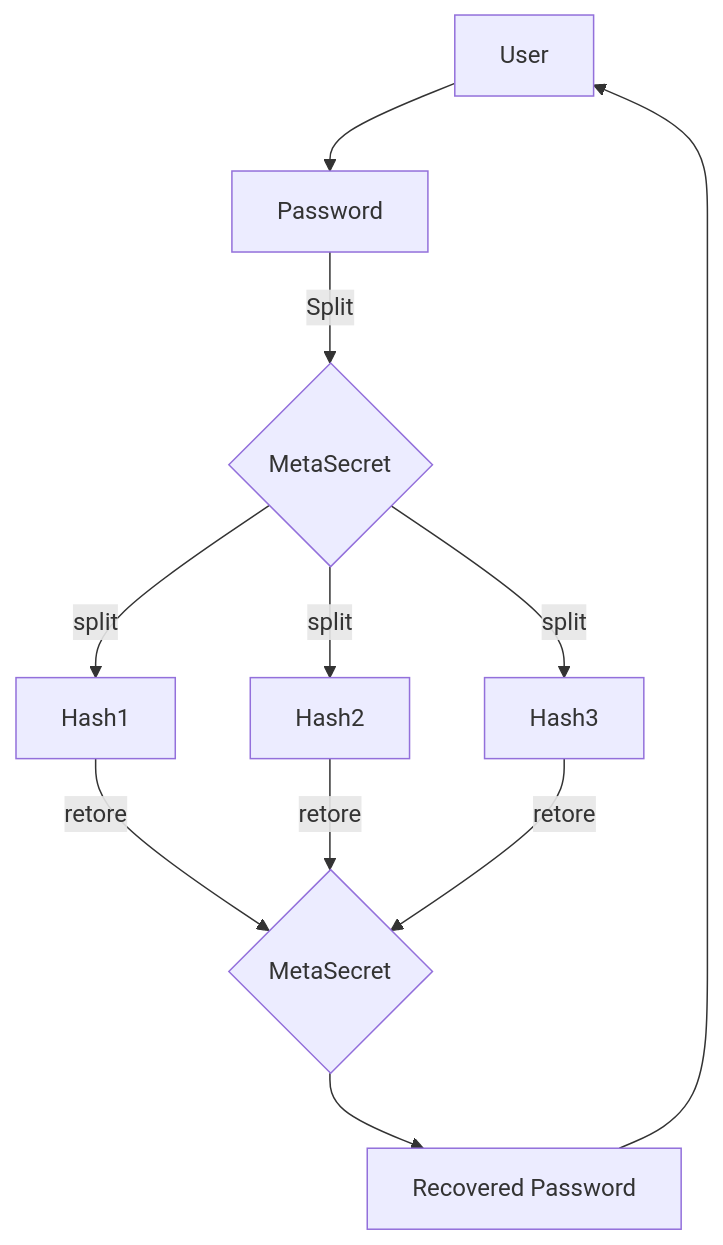
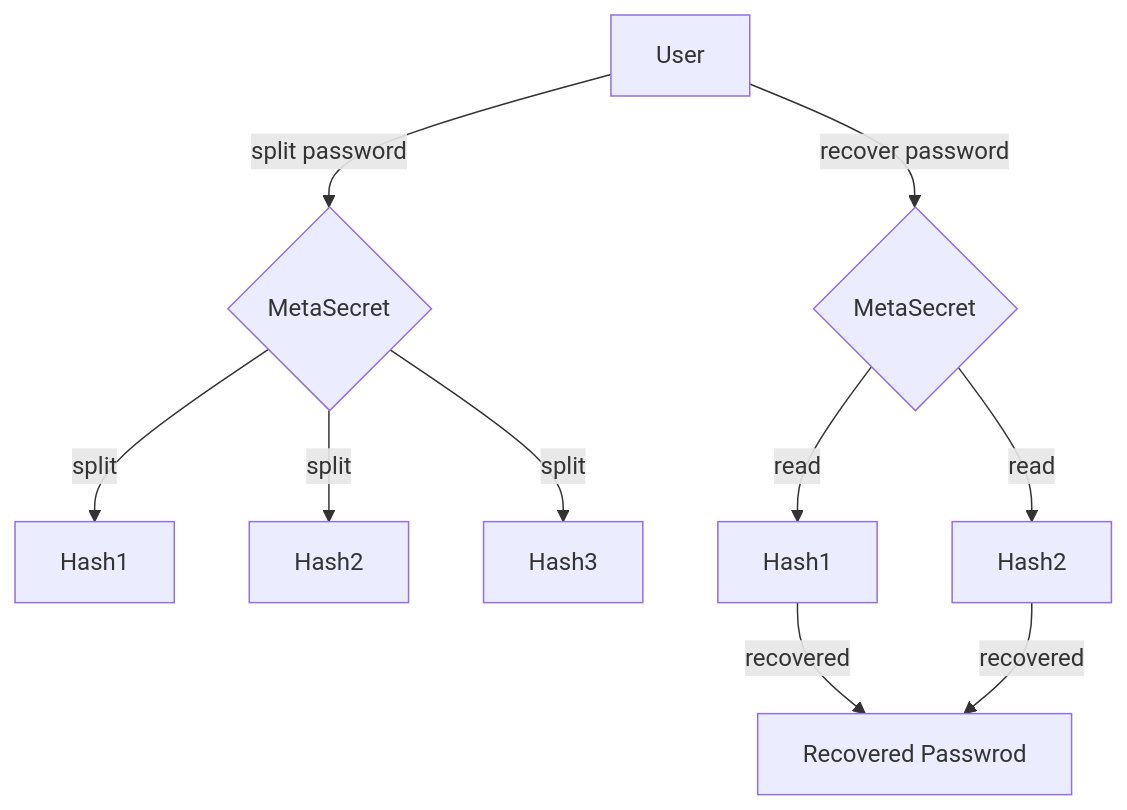
The diagram in README.md (meta-secret/meta-secret-node), drawn with Mermaid before and after one commit.

Commit message:
readme: app workflow a new design representation

````diff
--- a/README.md
+++ b/README.md
@@ -8,14 +8,13 @@
 ```mermaid
 graph TD
-    User --> Password
-    Password -->|Split| MSS{MetaSecret}
+    User --> |split password| MSS{MetaSecret}
     MSS --> |split| Hash1
     MSS --> |split| Hash2
     MSS --> |split| Hash3
-
-    Hash1 --> |retore| MSR{MetaSecret}
-    Hash2 --> |retore| MSR
-    Hash3 --> |retore| MSR
-    MSR --> RP[Recovered Password]
-    RP --> User
+    
+    User --> |recover password| MSR{MetaSecret}
+    MSR --> |read| HH1[Hash1]
+    MSR --> |read| HH2[Hash2]
+    HH1 --> |recovered| RP[Recovered Passwrod]
+    HH2 --> |recovered| RP[Recovered Passwrod]
 ```
````
